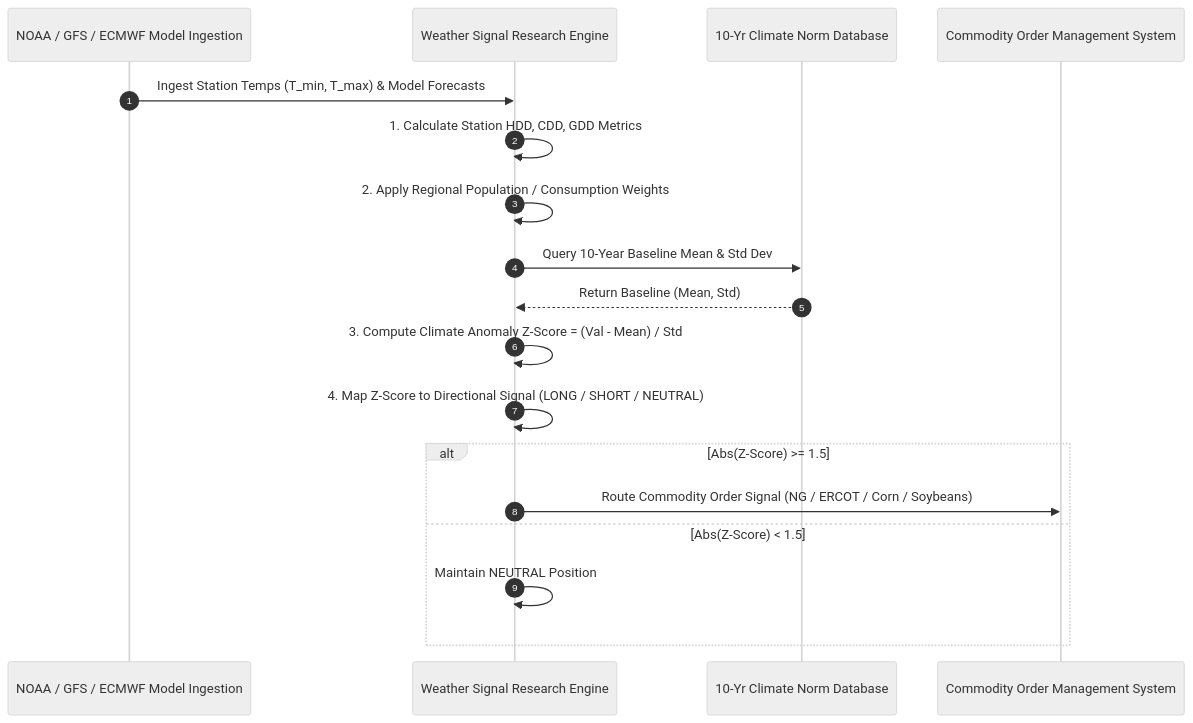
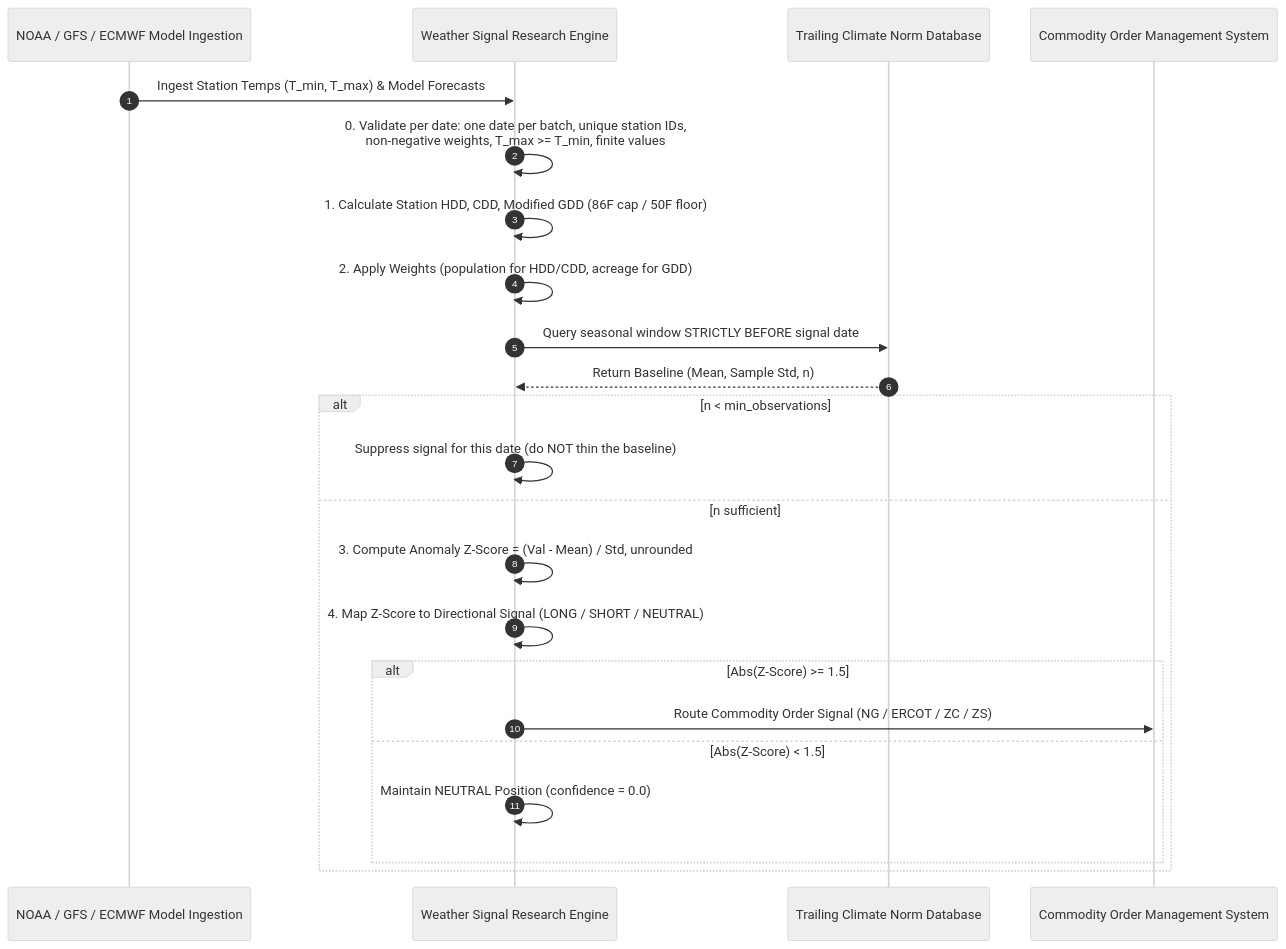
The first of 2 diagrams in skills/weather-data-signal-research-for-commodity-strategies/references/workflows.md (HimanshuJ16/Algo-Trading-Skills), drawn with Mermaid (neutral theme) before and after one commit. The commit also changed other lines of this file and 443 other files, not shown here.

````diff
--- a/skills/weather-data-signal-research-for-commodity-strategies/references/workflows.md
+++ b/skills/weather-data-signal-research-for-commodity-strategies/references/workflows.md
@@ -4,24 +4,29 @@
 ```mermaid
 sequenceDiagram
     autonumber
     participant NOAA as NOAA / GFS / ECMWF Model Ingestion
     participant Engine as Weather Signal Research Engine
-    participant Baseline as 10-Yr Climate Norm Database
+    participant Baseline as Trailing Climate Norm Database
     participant OMS as Commodity Order Management System
 
     NOAA->>Engine: Ingest Station Temps (T_min, T_max) & Model Forecasts
-    Engine->>Engine: 1. Calculate Station HDD, CDD, GDD Metrics
-    Engine->>Engine: 2. Apply Regional Population / Consumption Weights
-    
-    Engine->>Baseline: Query 10-Year Baseline Mean & Std Dev
-    Baseline-->>Engine: Return Baseline (Mean, Std)
-    
-    Engine->>Engine: 3. Compute Climate Anomaly Z-Score = (Val - Mean) / Std
-    Engine->>Engine: 4. Map Z-Score to Directional Signal (LONG / SHORT / NEUTRAL)
-    
-    alt Abs(Z-Score) >= 1.5
-        Engine->>OMS: Route Commodity Order Signal (NG / ERCOT / Corn / Soybeans)
-    else Abs(Z-Score) < 1.5
-        Engine->>Engine: Maintain NEUTRAL Position
+    Engine->>Engine: 0. Validate per date: one date per batch, unique station IDs,<br/>non-negative weights, T_max >= T_min, finite values
+    Engine->>Engine: 1. Calculate Station HDD, CDD, Modified GDD (86F cap / 50F floor)
+    Engine->>Engine: 2. Apply Weights (population for HDD/CDD, acreage for GDD)
+
+    Engine->>Baseline: Query seasonal window STRICTLY BEFORE signal date
+    Baseline-->>Engine: Return Baseline (Mean, Sample Std, n)
+
+    alt n < min_observations
+        Engine->>Engine: Suppress signal for this date (do NOT thin the baseline)
+    else n sufficient
+        Engine->>Engine: 3. Compute Anomaly Z-Score = (Val - Mean) / Std, unrounded
+        Engine->>Engine: 4. Map Z-Score to Directional Signal (LONG / SHORT / NEUTRAL)
+
+        alt Abs(Z-Score) >= 1.5
+            Engine->>OMS: Route Commodity Order Signal (NG / ERCOT / ZC / ZS)
+        else Abs(Z-Score) < 1.5
+            Engine->>Engine: Maintain NEUTRAL Position (confidence = 0.0)
+        end
     end
 ```
````
